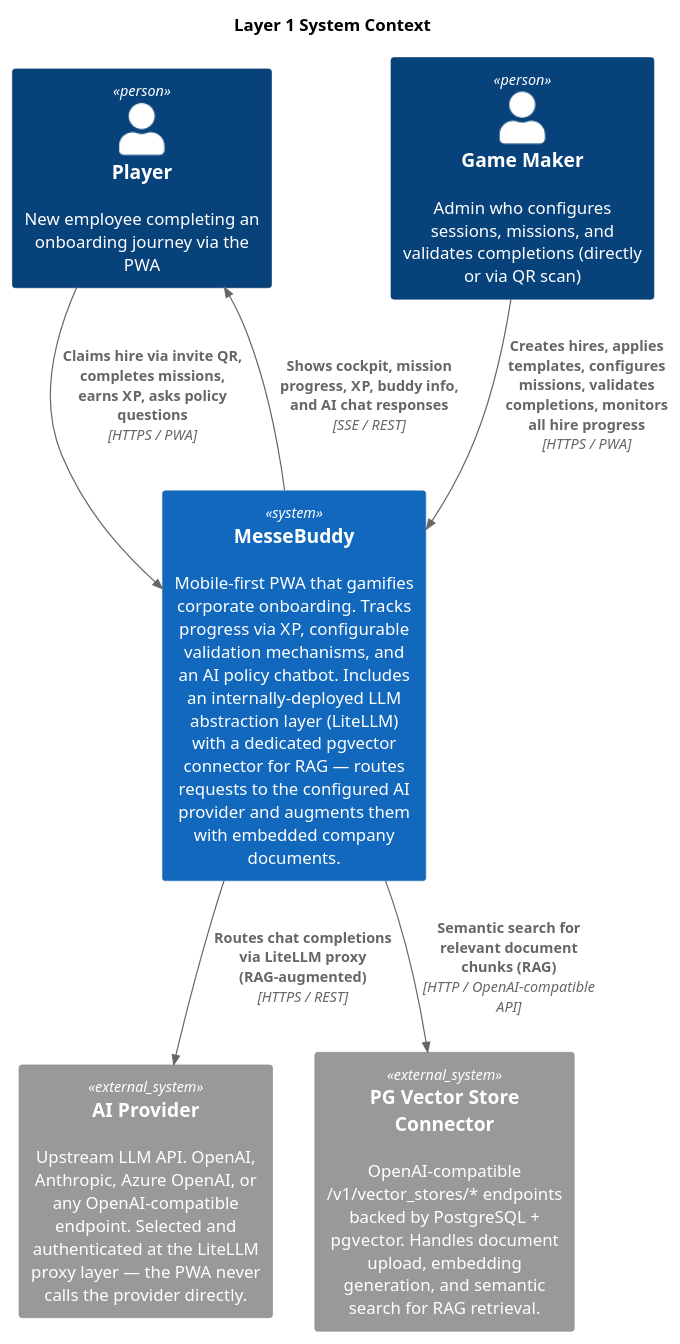
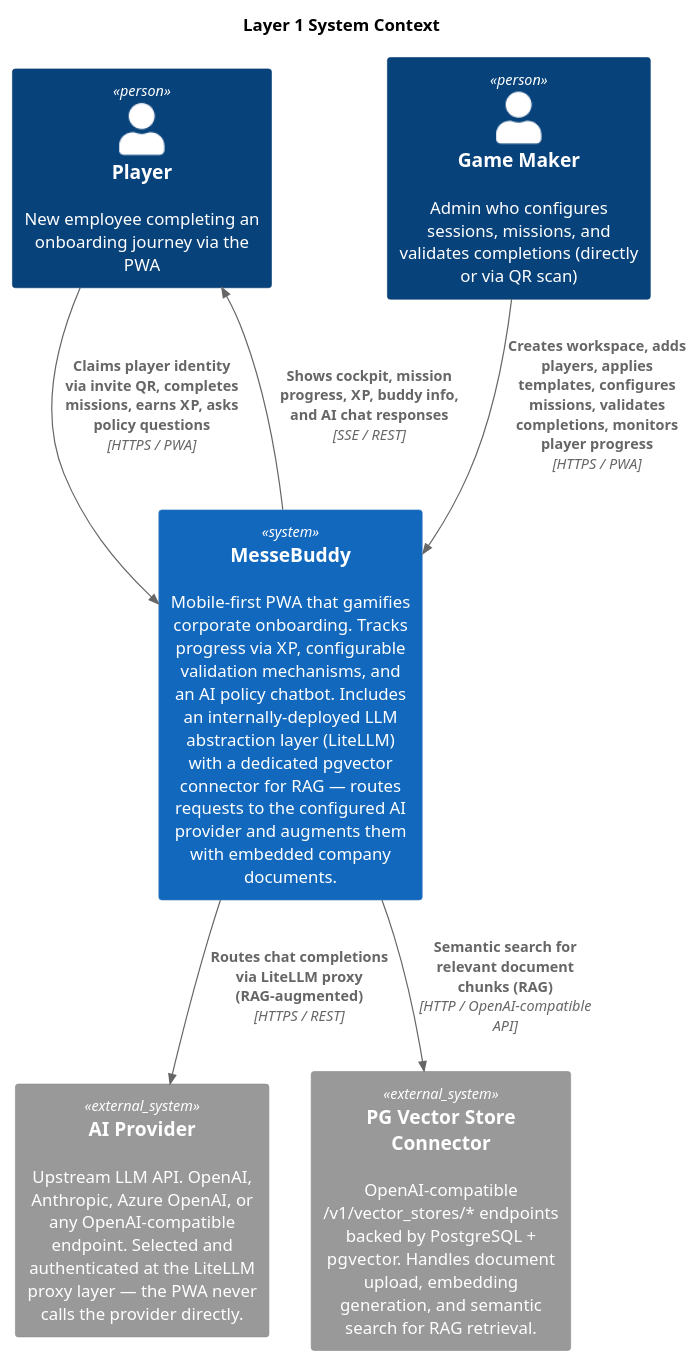
Before and after one commit to hoonsubin/messe-buddy-app: the diagram in docs/c4context.puml, drawn with PlantUML. The commit also changed 16 other files, not shown here.

Commit message:
update diagrams

```diff
--- a/docs/c4context.puml
+++ b/docs/c4context.puml
@@ -1,20 +1,20 @@
 @startuml diagram_01_c4_context
 !include <C4/C4_Context>
 
 title Layer 1 System Context
 
 Person(player, "Player", "New employee completing an onboarding journey via the PWA")
 Person(gameMaker, "Game Maker", "Admin who configures sessions, missions, and validates completions (directly or via QR scan)")
 
 System(messeBuddy, "MesseBuddy", "Mobile-first PWA that gamifies corporate onboarding. Tracks progress via XP, configurable validation mechanisms, and an AI policy chatbot. Includes an internally-deployed LLM abstraction layer (LiteLLM) with a dedicated pgvector connector for RAG — routes requests to the configured AI provider and augments them with embedded company documents.")
 
 System_Ext(aiProvider, "AI Provider", "Upstream LLM API. OpenAI, Anthropic, Azure OpenAI, or any OpenAI-compatible endpoint. Selected and authenticated at the LiteLLM proxy layer — the PWA never calls the provider directly.")
 System_Ext(pgvectorConnector, "PG Vector Store Connector", "OpenAI-compatible /v1/vector_stores/* endpoints backed by PostgreSQL + pgvector. Handles document upload, embedding generation, and semantic search for RAG retrieval.")
 
-Rel(player, messeBuddy, "Claims hire via invite QR, completes missions, earns XP, asks policy questions", "HTTPS / PWA")
-Rel(gameMaker, messeBuddy, "Creates hires, applies templates, configures missions, validates completions, monitors all hire progress", "HTTPS / PWA")
+Rel(player, messeBuddy, "Claims player identity via invite QR, completes missions, earns XP, asks policy questions", "HTTPS / PWA")
+Rel(gameMaker, messeBuddy, "Creates workspace, adds players, applies templates, configures missions, validates completions, monitors player progress", "HTTPS / PWA")
 Rel(messeBuddy, player, "Shows cockpit, mission progress, XP, buddy info, and AI chat responses", "SSE / REST")
 Rel(messeBuddy, aiProvider, "Routes chat completions via LiteLLM proxy (RAG-augmented)", "HTTPS / REST")
 Rel(messeBuddy, pgvectorConnector, "Semantic search for relevant document chunks (RAG)", "HTTP / OpenAI-compatible API")
 
 @enduml
```
